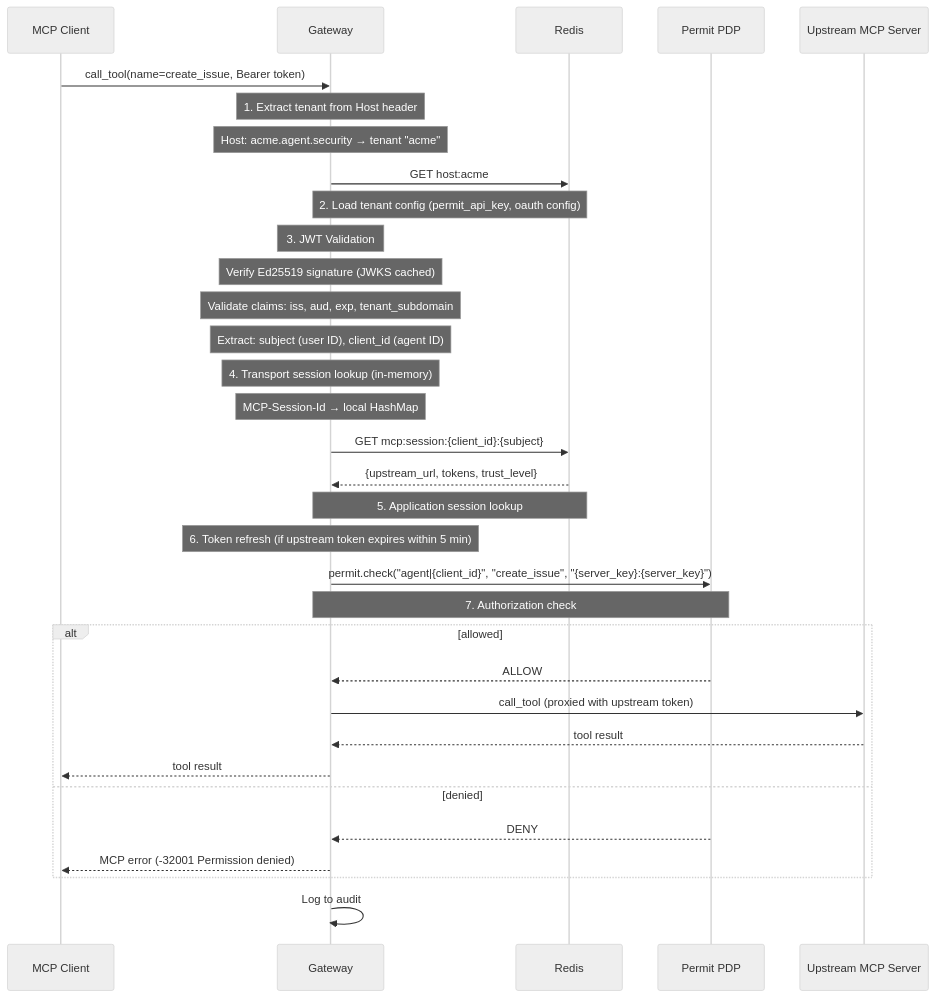
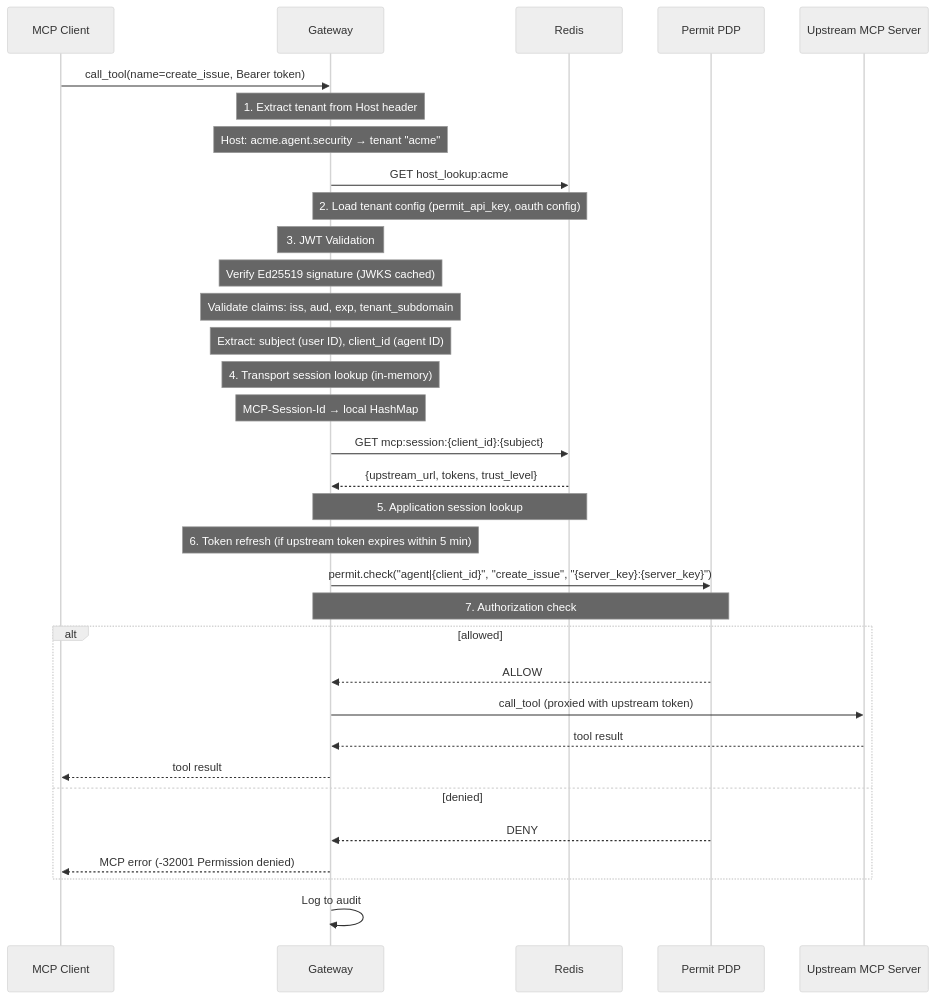
Before and after one commit to permitio/docs: the sixth of 7 diagrams in docs/ai-security/mcp-permissions/architecture.mdx, drawn with Mermaid (neutral theme). The commit also changed other lines of this file and 3 other files, not shown here.

````diff
--- a/docs/ai-security/mcp-permissions/architecture.mdx
+++ b/docs/ai-security/mcp-permissions/architecture.mdx
@@ -301,44 +301,44 @@
 ```mermaid
 sequenceDiagram
     participant C as MCP Client
     participant GW as Gateway
     participant R as Redis
     participant PDP as Permit PDP
     participant Up as Upstream MCP Server
 
     C->>GW: call_tool(name=create_issue, Bearer token)
 
     Note over GW: 1. Extract tenant from Host header
     Note over GW: Host: acme.agent.security → tenant "acme"
 
-    GW->>R: GET host:acme
+    GW->>R: GET host_lookup:acme
     Note over GW,R: 2. Load tenant config (permit_api_key, oauth config)
 
     Note over GW: 3. JWT Validation
     Note over GW: Verify Ed25519 signature (JWKS cached)
     Note over GW: Validate claims: iss, aud, exp, tenant_subdomain
     Note over GW: Extract: subject (user ID), client_id (agent ID)
 
     Note over GW: 4. Transport session lookup (in-memory)
     Note over GW: MCP-Session-Id → local HashMap
 
     GW->>R: GET mcp:session:{client_id}:{subject}
     R-->>GW: {upstream_url, tokens, trust_level}
     Note over GW,R: 5. Application session lookup
 
     Note over GW: 6. Token refresh (if upstream token expires within 5 min)
 
     GW->>PDP: permit.check("agent|{client_id}", "create_issue", "{server_key}:{server_key}")
     Note over GW,PDP: 7. Authorization check
 
     alt allowed
         PDP-->>GW: ALLOW
         GW->>Up: call_tool (proxied with upstream token)
         Up-->>GW: tool result
         GW-->>C: tool result
     else denied
         PDP-->>GW: DENY
         GW-->>C: MCP error (-32001 Permission denied)
     end
     GW->>GW: Log to audit
 ```
````
